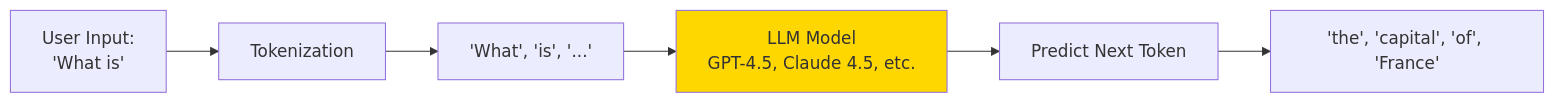
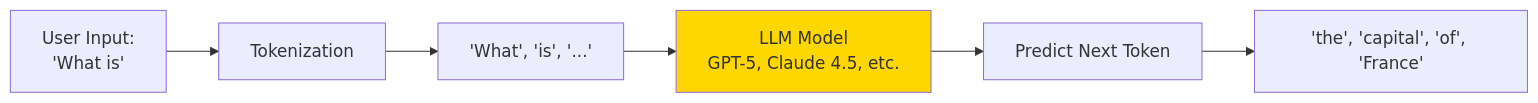
The first of 4 diagrams in .specweave/docs/public/learn/ml-ai/ml-fundamentals.md (anton-abyzov/specweave), drawn with Mermaid before and after one commit. The commit also changed other lines of this file, not shown here.

First line of the commit message:
docs: correct ML models to GPT-5 and Claude Haiku 4.5

````diff
--- a/.specweave/docs/public/learn/ml-ai/ml-fundamentals.md
+++ b/.specweave/docs/public/learn/ml-ai/ml-fundamentals.md
@@ -48,10 +48,10 @@
 ```mermaid
 graph LR
     Input[User Input:<br/>'What is'] --> Tokenize[Tokenization]
     Tokenize --> Tokens['What', 'is', '...']
-    Tokens --> Model[LLM Model<br/>GPT-4.5, Claude 4.5, etc.]
+    Tokens --> Model[LLM Model<br/>GPT-5, Claude 4.5, etc.]
     Model --> Predict[Predict Next Token]
     Predict --> Output['the', 'capital', 'of', 'France']
 
     style Model fill:#ffd700
 ```
````
